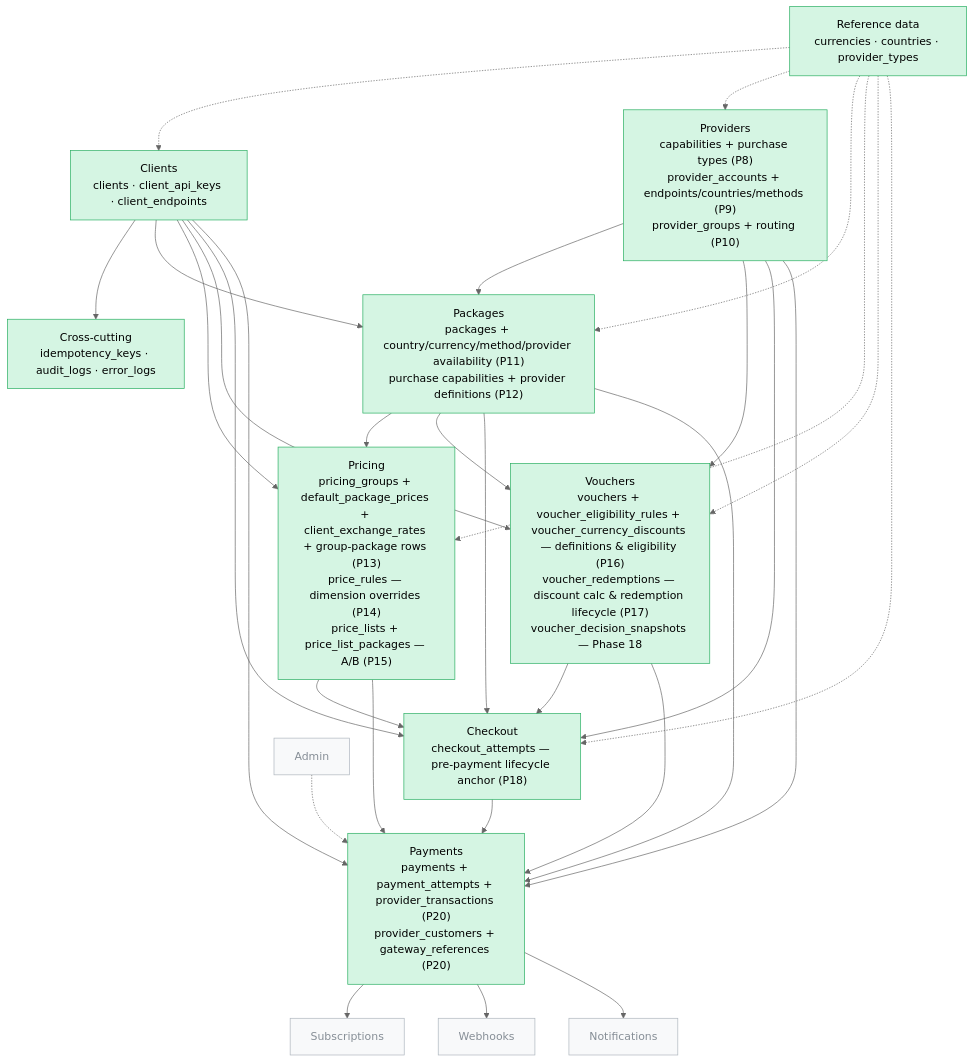
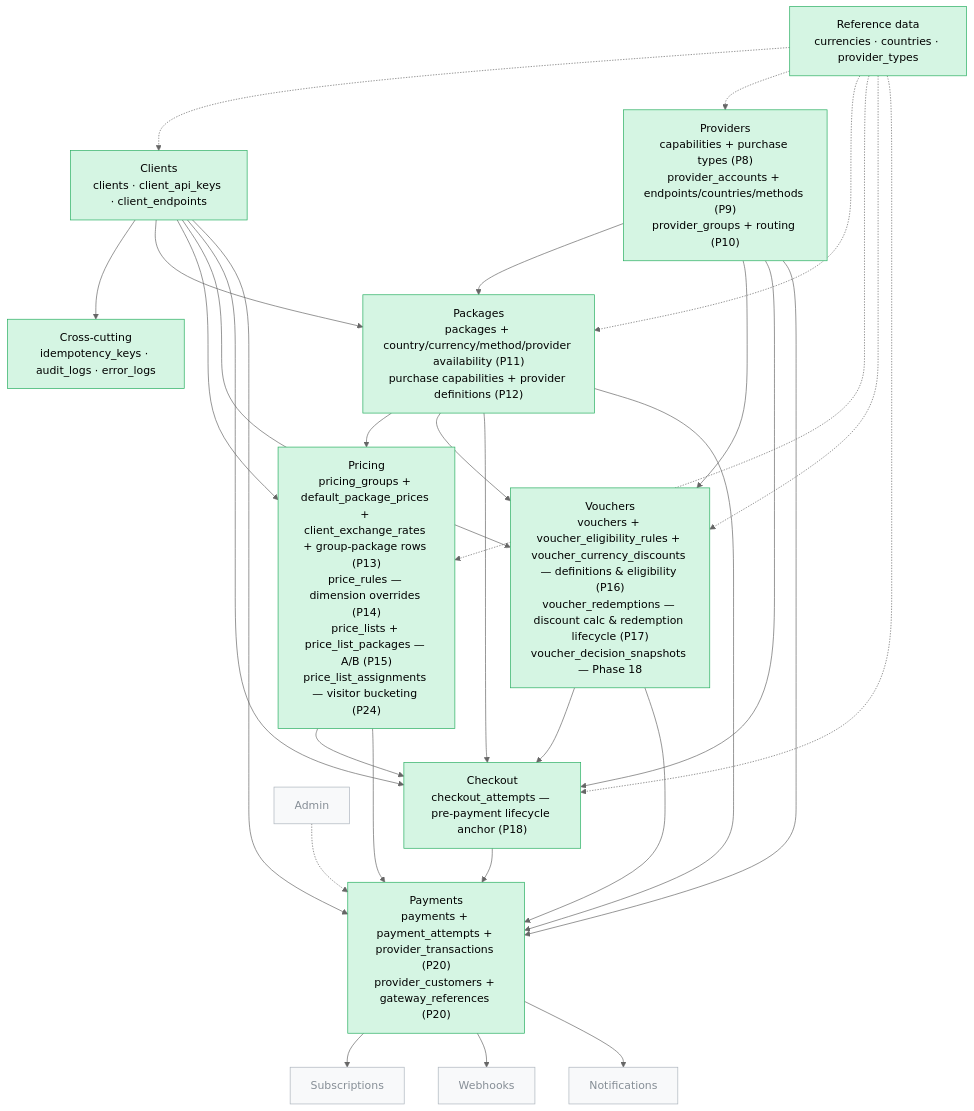
One commit to mahsashahi/Gomrok changed the first of 17 diagrams in .claude/docs/database-diagram.md. Above: the diagram before and after it, drawn with Mermaid (neutral theme). The commit also changed other lines of this file and 33 other files, not shown here.

First line of the commit message:
Phase 24 complete: A/B price-list visitor assignment

````diff
--- a/.claude/docs/database-diagram.md
+++ b/.claude/docs/database-diagram.md
@@ -9,46 +9,46 @@
 ```mermaid
 flowchart TD
     Ref["Reference data<br/>currencies · countries · provider_types"]
     Xc["Cross-cutting<br/>idempotency_keys · audit_logs · error_logs"]
     Clients["Clients<br/>clients · client_api_keys · client_endpoints"]
     Providers["Providers<br/>capabilities + purchase types (P8)<br/>provider_accounts + endpoints/countries/methods (P9)<br/>provider_groups + routing (P10)"]
     Packages["Packages<br/>packages + country/currency/method/provider availability (P11)<br/>purchase capabilities + provider definitions (P12)"]
-    Pricing["Pricing<br/>pricing_groups + default_package_prices + client_exchange_rates + group-package rows (P13)<br/>price_rules — dimension overrides (P14)<br/>price_lists + price_list_packages — A/B (P15)"]
+    Pricing["Pricing<br/>pricing_groups + default_package_prices + client_exchange_rates + group-package rows (P13)<br/>price_rules — dimension overrides (P14)<br/>price_lists + price_list_packages — A/B (P15)<br/>price_list_assignments — visitor bucketing (P24)"]
     Vouchers["Vouchers<br/>vouchers + voucher_eligibility_rules + voucher_currency_discounts — definitions & eligibility (P16)<br/>voucher_redemptions — discount calc & redemption lifecycle (P17)<br/>voucher_decision_snapshots — Phase 18"]
     Checkout["Checkout<br/>checkout_attempts — pre-payment lifecycle anchor (P18)"]
     Payments["Payments<br/>payments + payment_attempts + provider_transactions (P20)<br/>provider_customers + gateway_references (P20)"]
     Ref -.-> Clients
     Ref -.-> Providers
     Ref -.-> Packages
     Ref -.-> Pricing
     Ref -.-> Vouchers
     Ref -.-> Checkout
     Clients --> Xc
     Clients --> Packages
     Providers --> Packages
     Clients --> Pricing
     Packages --> Pricing
     Clients --> Vouchers
     Packages --> Vouchers
     Providers --> Vouchers
     Clients --> Checkout
     Packages --> Checkout
     Pricing --> Checkout
     Vouchers --> Checkout
     Providers --> Checkout
     Clients --> Payments
     Providers --> Payments
     Packages --> Payments
     Pricing --> Payments
     Vouchers --> Payments
     Checkout --> Payments
     Payments --> Subscriptions
     Payments --> Webhooks
     Payments --> Notifications
     Admin -.-> Payments
 
     classDef done fill:#d5f5e3,stroke:#27ae60;
     classDef todo fill:#f8f9fa,stroke:#adb5bd,color:#868e96;
     class Ref,Xc,Clients,Providers,Packages,Pricing,Vouchers,Checkout,Payments done;
     class Subscriptions,Webhooks,Notifications,Admin todo;
 ```
````
